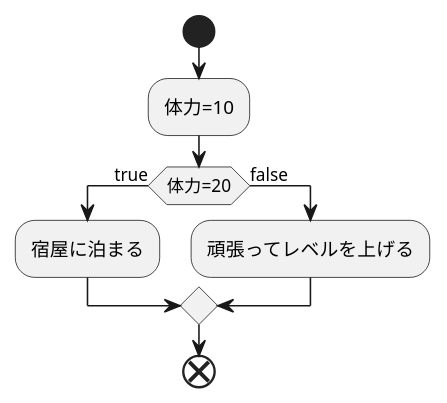
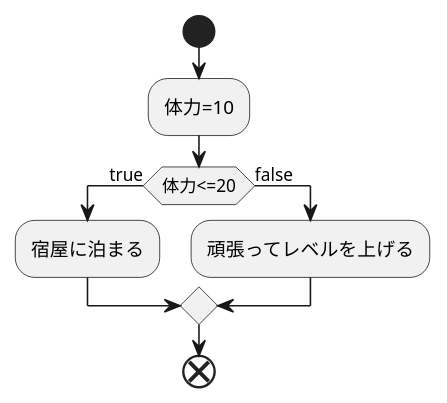
The diagram in denji.md (Aso2001381/2021sys-design), drawn with PlantUML before and after one commit.

````diff
--- a/denji.md
+++ b/denji.md
@@ -1,12 +1,12 @@
 ```uml
 @startuml
 start
 :体力=10;
-if(体力=20) then (true)
+if(体力<=20) then (true)
 :宿屋に泊まる;
 else (false)
 :頑張ってレベルを上げる;
 endif
 end
 @enduml
 ```
````
